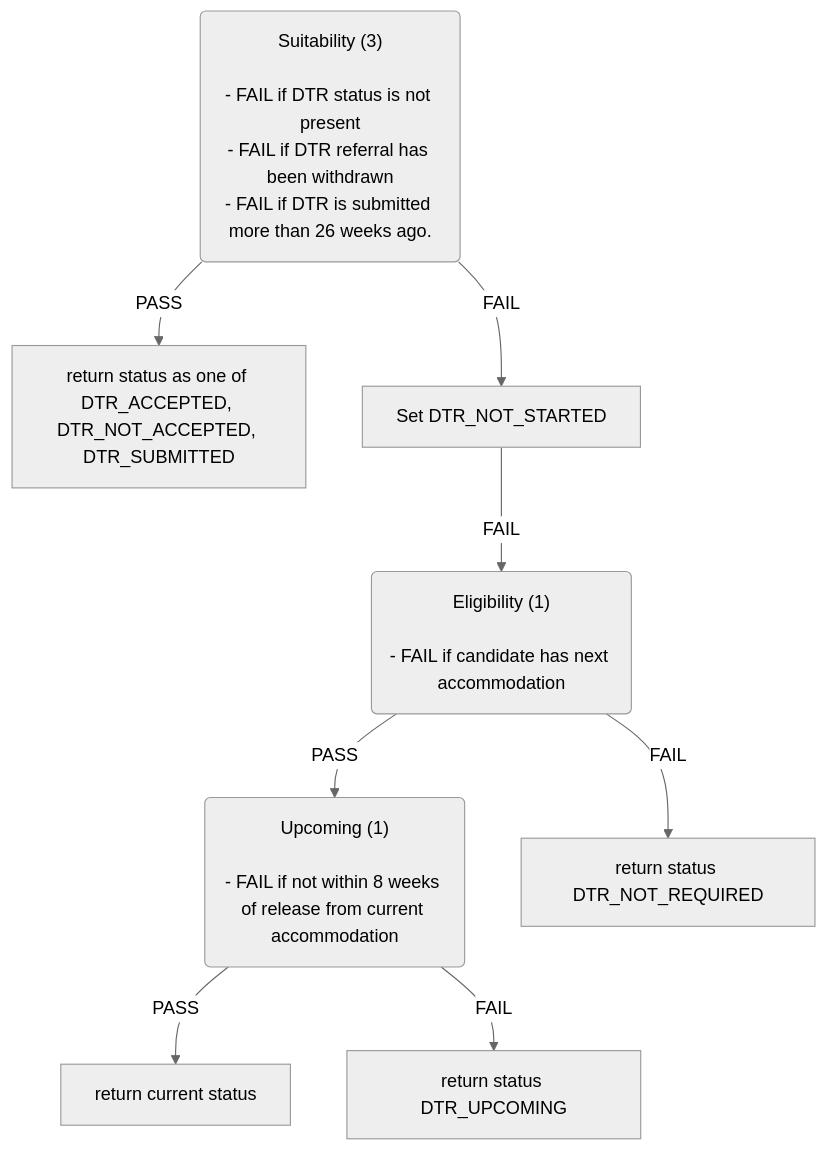
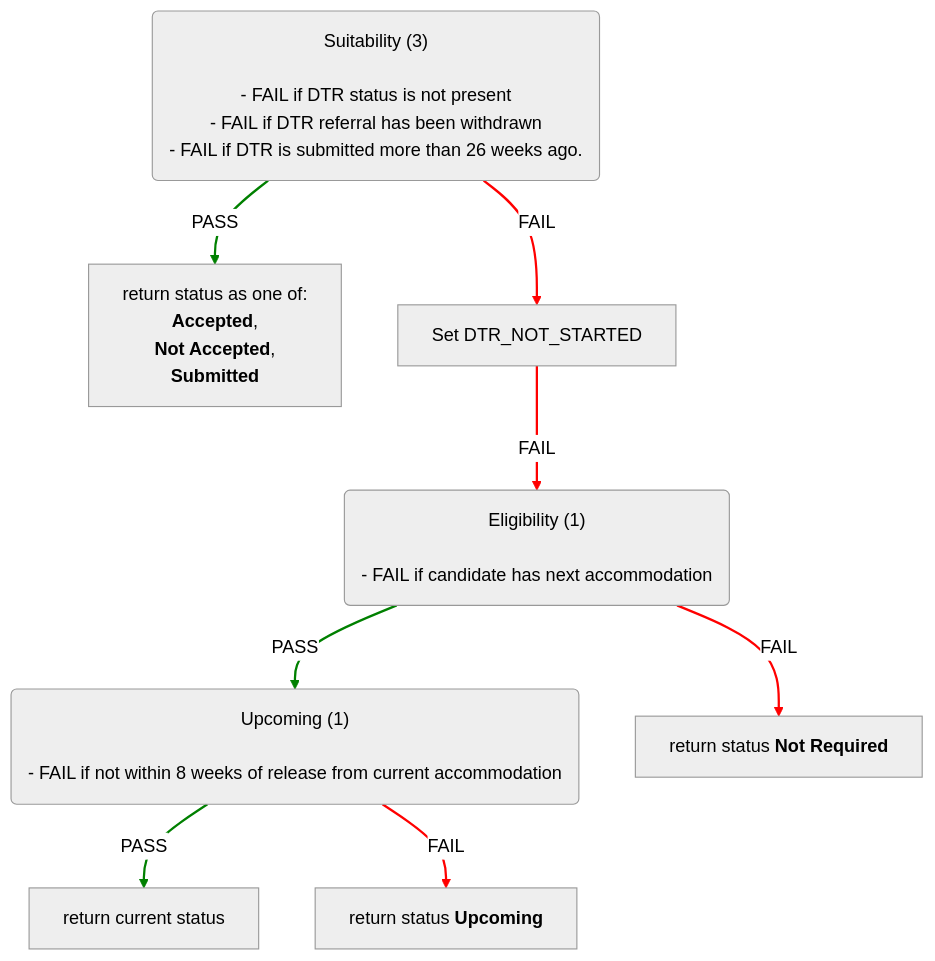
The fifth of 6 diagrams in docs/eligibility-rules-graph.md (ministryofjustice/hmpps-single-accommodation-service-api), drawn with Mermaid (neutral theme) before and after one commit. The commit also changed other lines of this file and 8 other files, not shown here.

Commit message:
chore/SAS-1532-Use-UI-statuses-in-graph-instead-of-enums

````diff
--- a/docs/eligibility-rules-graph.md
+++ b/docs/eligibility-rules-graph.md
@@ -435,26 +521,32 @@
 ```mermaid
+%%{init: {"flowchart": {"wrappingWidth": 800}}}%%
 flowchart TD
   Suitability("Suitability (3)
 
 - FAIL if DTR status is not present
 - FAIL if DTR referral has been withdrawn
 - FAIL if DTR is submitted more than 26 weeks ago.")
-  return_status_as_one_of_DTR_ACCEPTED__DTR_NOT_ACCEPTED__DTR_SUBMITTED["return status as one of DTR_ACCEPTED, DTR_NOT_ACCEPTED, DTR_SUBMITTED"]
+  return_status_as_one_of__Accepted___Not_Accepted___Submitted["return status as one of:
+<b>Accepted</b>,
+ <b>Not Accepted</b>,
+ <b>Submitted</b>"]
   Set_DTR_NOT_STARTED["Set DTR_NOT_STARTED"]
   Eligibility("Eligibility (1)
 
 - FAIL if candidate has next accommodation")
   Upcoming("Upcoming (1)
 
 - FAIL if not within 8 weeks of release from current accommodation")
   return_current_status["return current status"]
-  return_status_DTR_UPCOMING["return status DTR_UPCOMING"]
-  return_status_DTR_NOT_REQUIRED["return status DTR_NOT_REQUIRED"]
-  Suitability -->|PASS| return_status_as_one_of_DTR_ACCEPTED__DTR_NOT_ACCEPTED__DTR_SUBMITTED
+  return_status_Upcoming["return status <b>Upcoming</b>"]
+  return_status_Not_Required["return status <b>Not Required</b>"]
+  Suitability -->|PASS| return_status_as_one_of__Accepted___Not_Accepted___Submitted
   Suitability -->|FAIL| Set_DTR_NOT_STARTED
   Upcoming -->|PASS| return_current_status
-  Upcoming -->|FAIL| return_status_DTR_UPCOMING
+  Upcoming -->|FAIL| return_status_Upcoming
   Eligibility -->|PASS| Upcoming
-  Eligibility -->|FAIL| return_status_DTR_NOT_REQUIRED
+  Eligibility -->|FAIL| return_status_Not_Required
   Set_DTR_NOT_STARTED -->|FAIL| Eligibility
+  linkStyle 0,2,4 stroke:green,stroke-width:2px
+  linkStyle 1,3,5,6 stroke:red,stroke-width:2px
 ```
````
